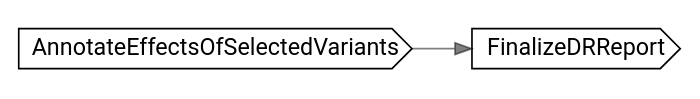
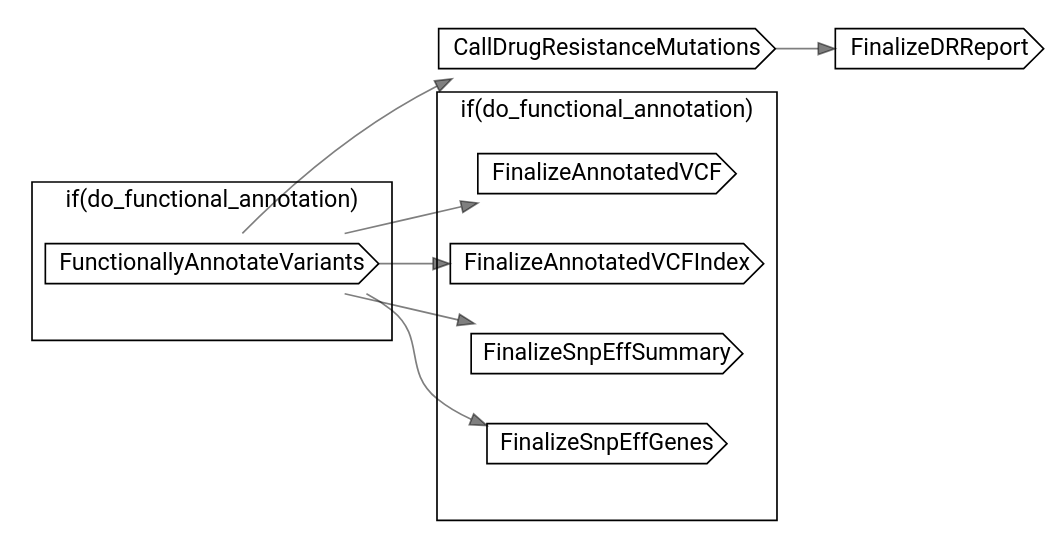
Before and after one commit to broadinstitute/long-read-pipelines: the diagram in dot/ONTPfTypeDrugResistanceMarkers.dot, drawn with Graphviz. The commit also changed 185 other files, not shown here.

```diff
--- a/dot/ONTPfTypeDrugResistanceMarkers.dot
+++ b/dot/ONTPfTypeDrugResistanceMarkers.dot
@@ -1,9 +1,27 @@
 // ONTPfTypeDrugResistanceMarkers
 digraph {
 	compound=true rankdir=LR
 	node [fontname=Roboto]
 	edge [color="#00000080"]
-	"call-AnnotateEffectsOfSelectedVariants" [label=AnnotateEffectsOfSelectedVariants shape=cds]
+	subgraph "cluster-if-L36C5" {
+		fontname=Roboto label="if(do_functional_annotation)" rank=same
+		"call-FunctionallyAnnotateVariants" [label=FunctionallyAnnotateVariants shape=cds]
+		"if-L36C5" [label="" height=0 margin=0 style=invis width=0]
+	}
+	"call-CallDrugResistanceMutations" [label=CallDrugResistanceMutations shape=cds]
 	"call-FinalizeDRReport" [label=FinalizeDRReport shape=cds]
-	"call-AnnotateEffectsOfSelectedVariants" -> "call-FinalizeDRReport"
+	subgraph "cluster-if-L51C5" {
+		fontname=Roboto label="if(do_functional_annotation)" rank=same
+		"call-FinalizeAnnotatedVCF" [label=FinalizeAnnotatedVCF shape=cds]
+		"call-FinalizeAnnotatedVCFIndex" [label=FinalizeAnnotatedVCFIndex shape=cds]
+		"call-FinalizeSnpEffSummary" [label=FinalizeSnpEffSummary shape=cds]
+		"call-FinalizeSnpEffGenes" [label=FinalizeSnpEffGenes shape=cds]
+		"if-L51C5" [label="" height=0 margin=0 style=invis width=0]
+	}
+	"call-FunctionallyAnnotateVariants" -> "call-CallDrugResistanceMutations"
+	"call-CallDrugResistanceMutations" -> "call-FinalizeDRReport"
+	"call-FunctionallyAnnotateVariants" -> "call-FinalizeAnnotatedVCF"
+	"call-FunctionallyAnnotateVariants" -> "call-FinalizeAnnotatedVCFIndex"
+	"call-FunctionallyAnnotateVariants" -> "call-FinalizeSnpEffSummary"
+	"call-FunctionallyAnnotateVariants" -> "call-FinalizeSnpEffGenes"
 }
```
